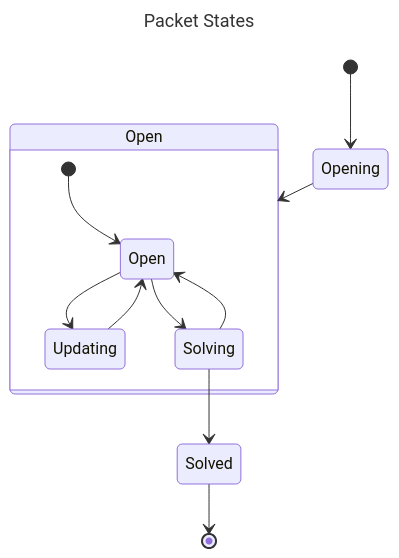
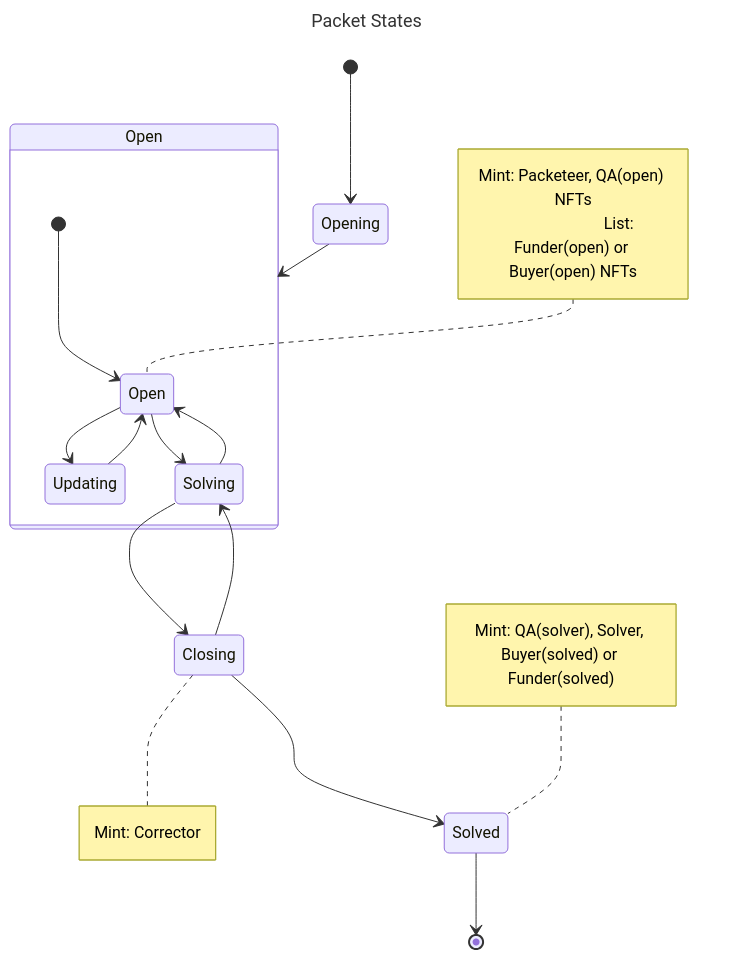
One commit to dreamcatcher-tech/network changed the first of 2 diagrams in ideas/Dreamcatcher/DreamEther/Contract Flow.md. Above: the diagram before and after it, drawn with Mermaid. The commit also changed 1 other file, not shown here.

Commit message:
vault backup: 2023-05-17 20:29:46

````diff
--- a/ideas/Dreamcatcher/DreamEther/Contract Flow.md
+++ b/ideas/Dreamcatcher/DreamEther/Contract Flow.md
@@ -103,18 +103,30 @@
 ```mermaid
 ---
 title: Packet States
 ---
 stateDiagram-v2
 	[*] --> Opening
 	Opening --> Open
 	state Open {
 		O: Open
 		[*] --> O
+		note left of O
+			Mint: Packeteer, QA(open) NFTs
+			List: Funder(open) or Buyer(open) NFTs
+		end note
 		O --> Updating
 		Updating --> O
 		O --> Solving
 		Solving --> O
 	}
-	Solving --> Solved
+	Solving --> Closing
+	Closing --> Solved
+	note right of Closing
+		Mint: Corrector
+	end note
+	Closing --> Solving
 	Solved --> [*]
+	note left of Solved
+		Mint: QA(solver), Solver, Buyer(solved) or Funder(solved)
+	end note
 ```
````
